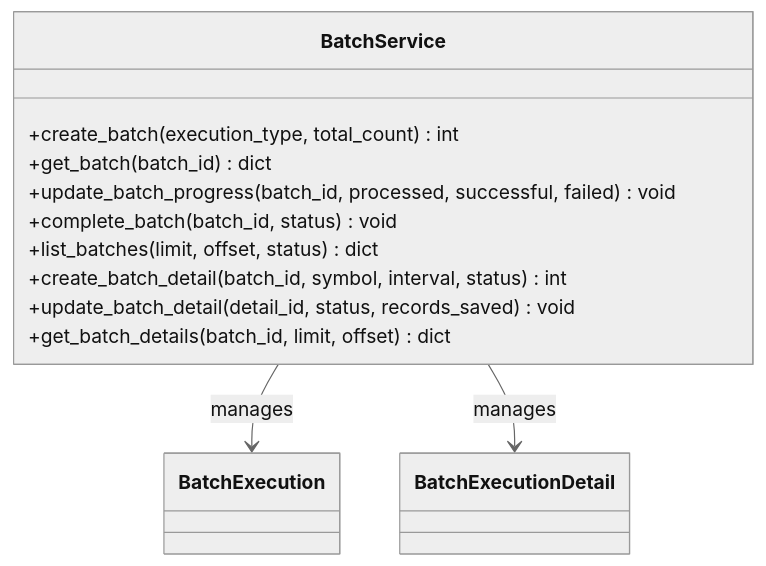
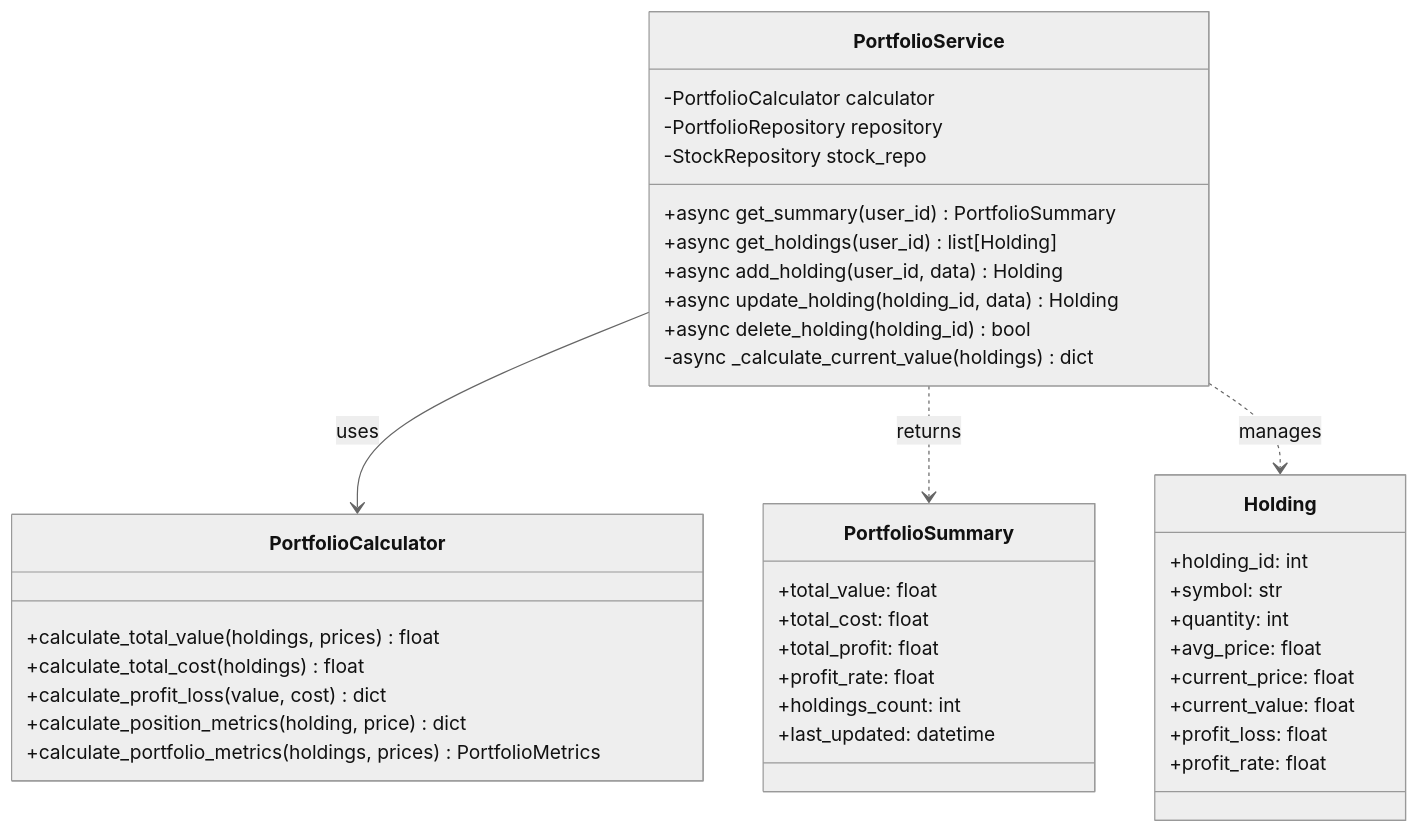
One commit to TIMMY-WEST/STOCK-INVESTMENT-ANALYZER changed the eighth of 13 diagrams in docs/architecture/layers/service_layer.md. Above: the diagram before and after it, drawn with Mermaid (neutral theme). The commit also changed other lines of this file, not shown here.

````diff
--- a/docs/architecture/layers/service_layer.md
+++ b/docs/architecture/layers/service_layer.md
@@ -575,16 +816,46 @@
 ```mermaid
 classDiagram
-    class BatchService {
-        +create_batch(execution_type, total_count) int
-        +get_batch(batch_id) dict
-        +update_batch_progress(batch_id, processed, successful, failed) void
-        +complete_batch(batch_id, status) void
-        +list_batches(limit, offset, status) dict
-        +create_batch_detail(batch_id, symbol, interval, status) int
-        +update_batch_detail(detail_id, status, records_saved) void
-        +get_batch_details(batch_id, limit, offset) dict
+    class PortfolioService {
+        -PortfolioCalculator calculator
+        -PortfolioRepository repository
+        -StockRepository stock_repo
+        +async get_summary(user_id) PortfolioSummary
+        +async get_holdings(user_id) list[Holding]
+        +async add_holding(user_id, data) Holding
+        +async update_holding(holding_id, data) Holding
+        +async delete_holding(holding_id) bool
+        -async _calculate_current_value(holdings) dict
     }
 
-    BatchService --> BatchExecution : manages
-    BatchService --> BatchExecutionDetail : manages
+    class PortfolioCalculator {
+        +calculate_total_value(holdings, prices) float
+        +calculate_total_cost(holdings) float
+        +calculate_profit_loss(value, cost) dict
+        +calculate_position_metrics(holding, price) dict
+        +calculate_portfolio_metrics(holdings, prices) PortfolioMetrics
+    }
+
+    class PortfolioSummary {
+        +total_value: float
+        +total_cost: float
+        +total_profit: float
+        +profit_rate: float
+        +holdings_count: int
+        +last_updated: datetime
+    }
+
+    class Holding {
+        +holding_id: int
+        +symbol: str
+        +quantity: int
+        +avg_price: float
+        +current_price: float
+        +current_value: float
+        +profit_loss: float
+        +profit_rate: float
+    }
+
+    PortfolioService --> PortfolioCalculator : uses
+    PortfolioService ..> PortfolioSummary : returns
+    PortfolioService ..> Holding : manages
 ```
````
